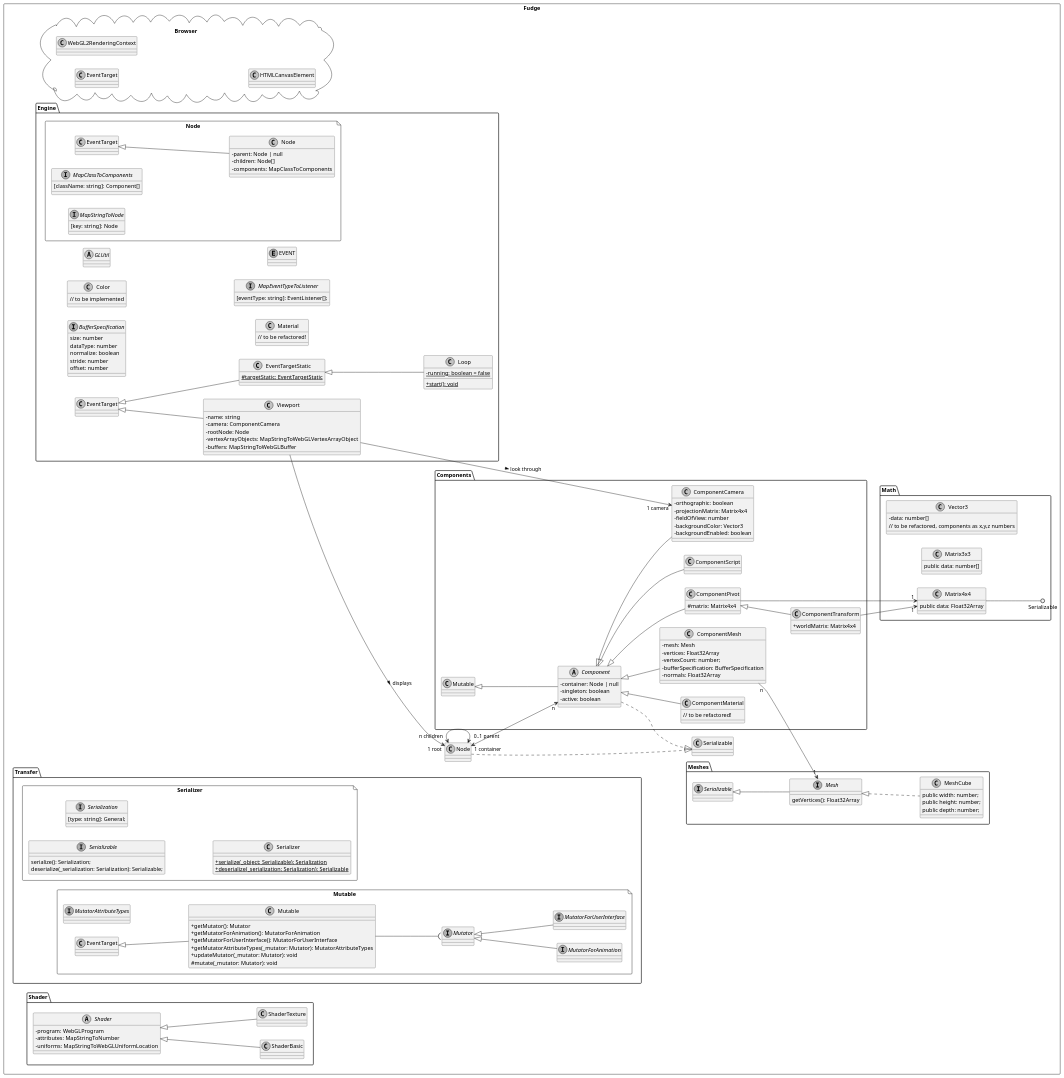
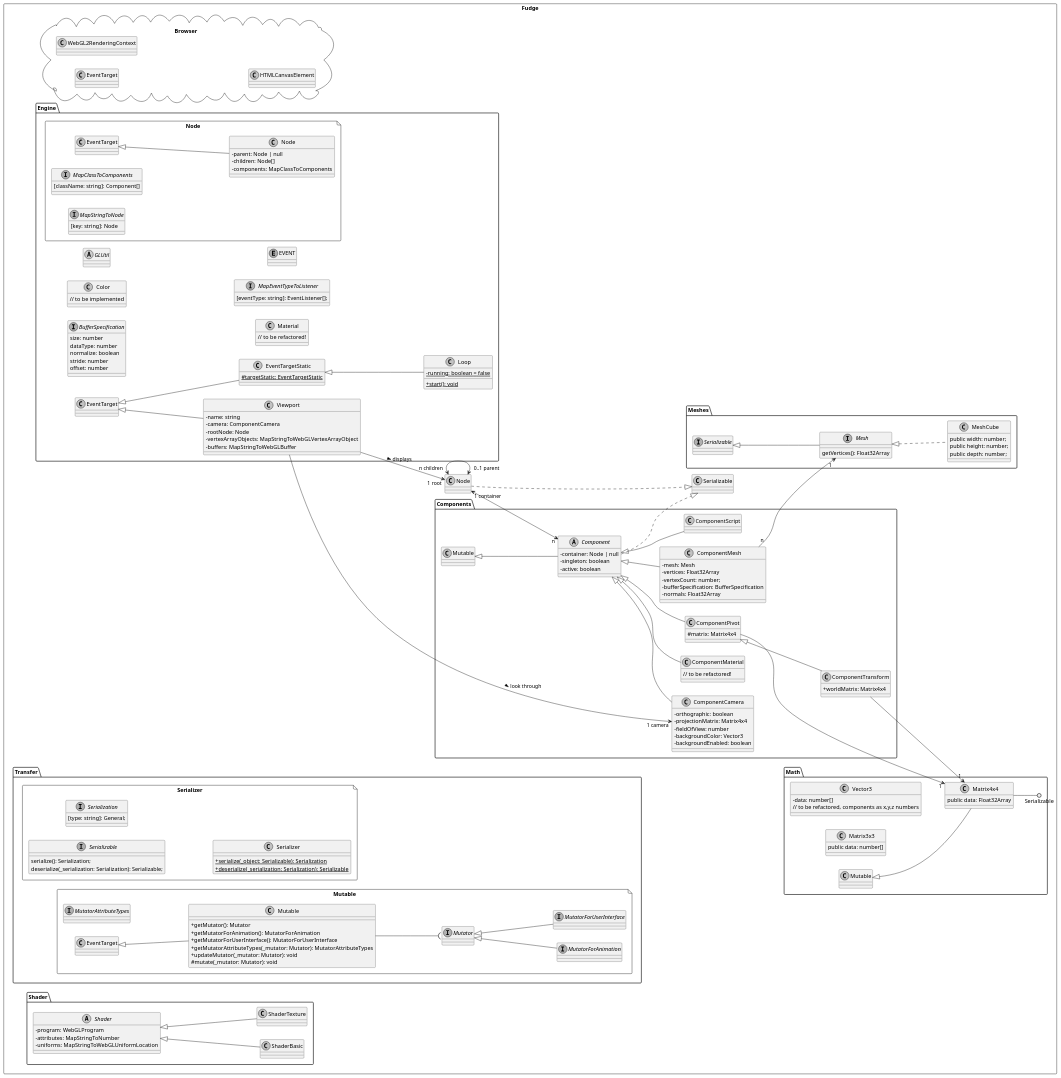
One commit to JirkaDellOro/FUDGE changed the diagram in Design/Core.puml. Above: the diagram before and after it, drawn with PlantUML.

Commit message:
Diagram update: Matrix4x4 is Mutable

```diff
--- a/Design/Core.puml
+++ b/Design/Core.puml
@@ -1,199 +1,199 @@
 @startuml FUDGE-Core
 skinparam monochrome true
 skinparam componentStyle uml2
 skinparam classAttributeIconSize 0
 skinparam shadowing false
 skinparam handwritten false
 
 'page 2x2
 left to right direction
 
 package Fudge <<Rectangle>>{
   ' gl2: WebGL2RenderingContext
   package "Browser" <<Cloud>> {
     class EventTarget
     class WebGL2RenderingContext
     class HTMLCanvasElement
   }
 
   package "Engine" <<Folder>> {
     file "Node" {
       class Node extends EventTarget {
         - parent: Node | null
         - children: Node[]
         - components: MapClassToComponents
       }
       interface MapClassToComponents{
         [className: string]: Component[]
       }
       interface MapStringToNode {
         [key: string]: Node
       }
     }
 
     interface BufferSpecification {
       size: number
       dataType: number
       normalize: boolean
       stride: number
       offset: number
     }
 
     class Color {
       // to be implemented
     }
     abstract class GLUtil {
     }
     class Material {
       // to be refactored!
     }
     class Viewport extends EventTarget {
       - name: string
       - camera: ComponentCamera
       - rootNode: Node
       - vertexArrayObjects: MapStringToWebGLVertexArrayObject
       - buffers: MapStringToWebGLBuffer
     }
 
     interface MapEventTypeToListener {
       [eventType: string]: EventListener[];
     }
 
     enum EVENT
 
     class EventTargetStatic extends EventTarget {
       #{static} targetStatic: EventTargetStatic
     }
 
     class Loop extends EventTargetStatic {
       - {static} running: boolean = false
       + {static} start(): void
     }
   }
 
   package "Transfer" <<Folder>> {
     file "Serializer" {
       interface Serializable {
         serialize(): Serialization;
         deserialize(_serialization: Serialization): Serializable;
       }
       interface Serialization {
         [type: string]: General;
       }
       class Serializer {
         {static} + serialize(_object: Serializable): Serialization
         {static} + deserialize(_serialization: Serialization): Serializable
       }
     }
     file "Mutable" {
       interface MutatorAttributeTypes
       interface Mutator
 
       interface MutatorForAnimation extends Mutator
       interface MutatorForUserInterface extends Mutator
       class Mutable extends EventTarget {
         + getMutator(): Mutator
         + getMutatorForAnimation(): MutatorForAnimation
         + getMutatorForUserInterface(): MutatorForUserInterface
         + getMutatorAttributeTypes(_mutator: Mutator): MutatorAttributeTypes
         + updateMutator(_mutator: Mutator): void
         # mutate(_mutator: Mutator): void
       }
       Mutable --( Mutator
     }
   }
 
   package "Components" <<Folder>> {
     abstract class Component extends Mutable {
       - container: Node | null
       - singleton: boolean
       - active: boolean
     }
 
     class ComponentCamera extends Component {
       - orthographic: boolean
       - projectionMatrix: Matrix4x4
       - fieldOfView: number
       - backgroundColor: Vector3
       - backgroundEnabled: boolean
     }
     class ComponentMaterial extends Component {
       // to be refactored!
     }
     class ComponentMesh extends Component {
       - mesh: Mesh
       - vertices: Float32Array
       - vertexCount: number;
       - bufferSpecification: BufferSpecification
       - normals: Float32Array
     }
     class ComponentPivot extends Component {
       # matrix: Matrix4x4
     }
     class ComponentTransform extends ComponentPivot {
       + worldMatrix: Matrix4x4
     }
     class ComponentScript extends Component {
     }
   }
 
   package "Meshes" <<Folder>> {
     interface Mesh extends Serializable {
       getVertices(): Float32Array
     }
     class MeshCube implements Mesh {
       public width: number;
       public height: number;
       public depth: number;
     }
   }
 
   package "Math" <<Folder>> {
     class Vector3 {
       - data: number[]
       // to be refactored, components as x,y,z numbers
     }
     class Matrix3x3 {
       public data: number[]
     }
-    class Matrix4x4 {
+    class Matrix4x4 extends Mutable {
       public data: Float32Array
     }
     Matrix4x4 --() Serializable
   }
 
   package "Shader" << Folder>> {
     abstract class Shader {
       - program: WebGLProgram
       - attributes: MapStringToNumber
       - uniforms: MapStringToWebGLUniformLocation
     }
     class ShaderBasic extends Shader {
     }
     class ShaderTexture extends Shader {
     }
   }
 
   ' Associations
   Node  ..|> Serializable
   Node "0..1 parent"<-left->"n children" Node
   Node "1 container"<-->"n" Component
   Component ..|> Serializable
   ComponentMesh "n"-->"1" Mesh
   ComponentPivot -->"1" Matrix4x4
   ComponentTransform -->"1" Matrix4x4
   Viewport -->"1 root" Node : displays >
   Viewport -->"1 camera" ComponentCamera : look through >
   '    Shader "n"-->"1" Material : uses >
   '    ComponentMaterial "n" --> "1" Shader : refers >
 
   'improve layout
   Node -[hidden]- Serializable
   Component -[hidden]- Serializable
   'Serializer --[hidden]-- Mutable
   'Mutable --[hidden]-- Component
   'Viewport -[hidden]- ComponentCamera
   'Engine -[hidden]- Components
   'Meshes --[hidden]up-- Shader
 }
 @enduml
```
